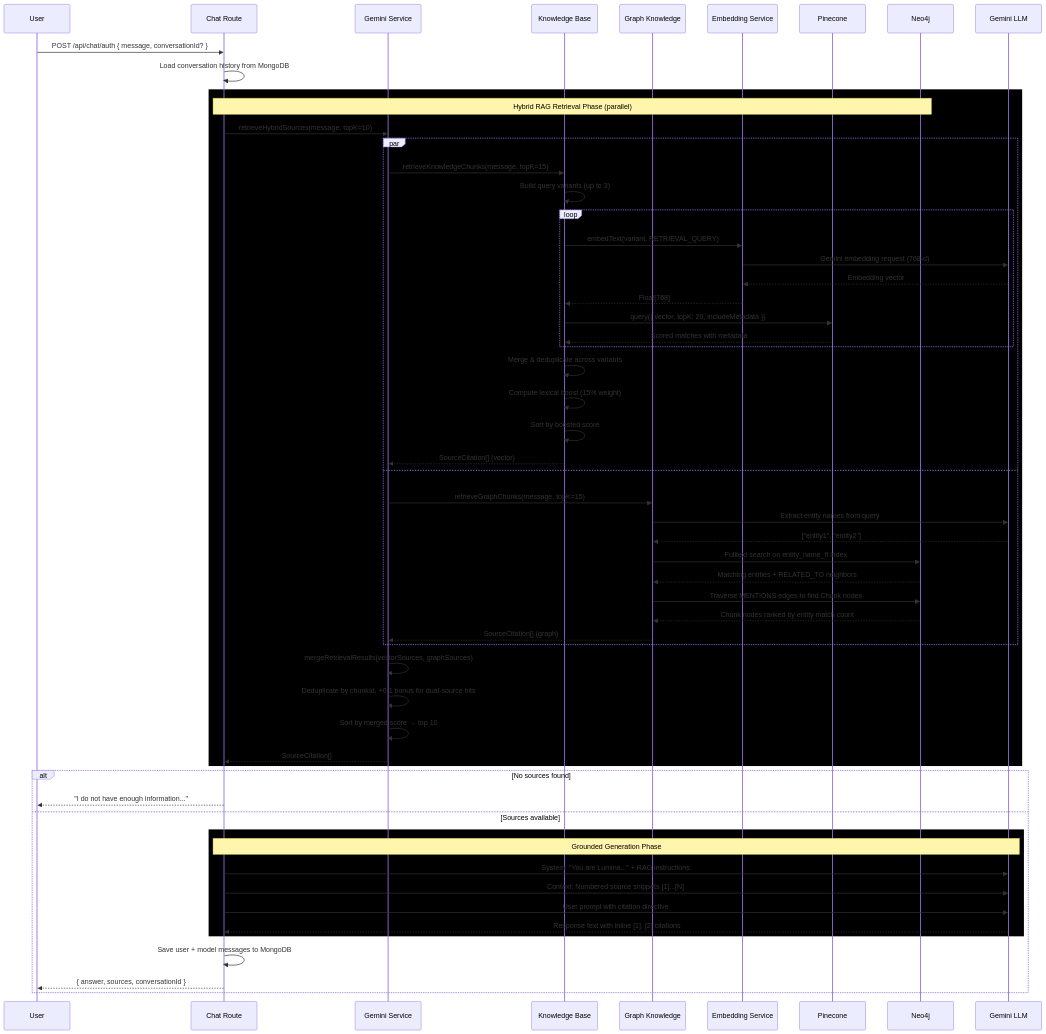
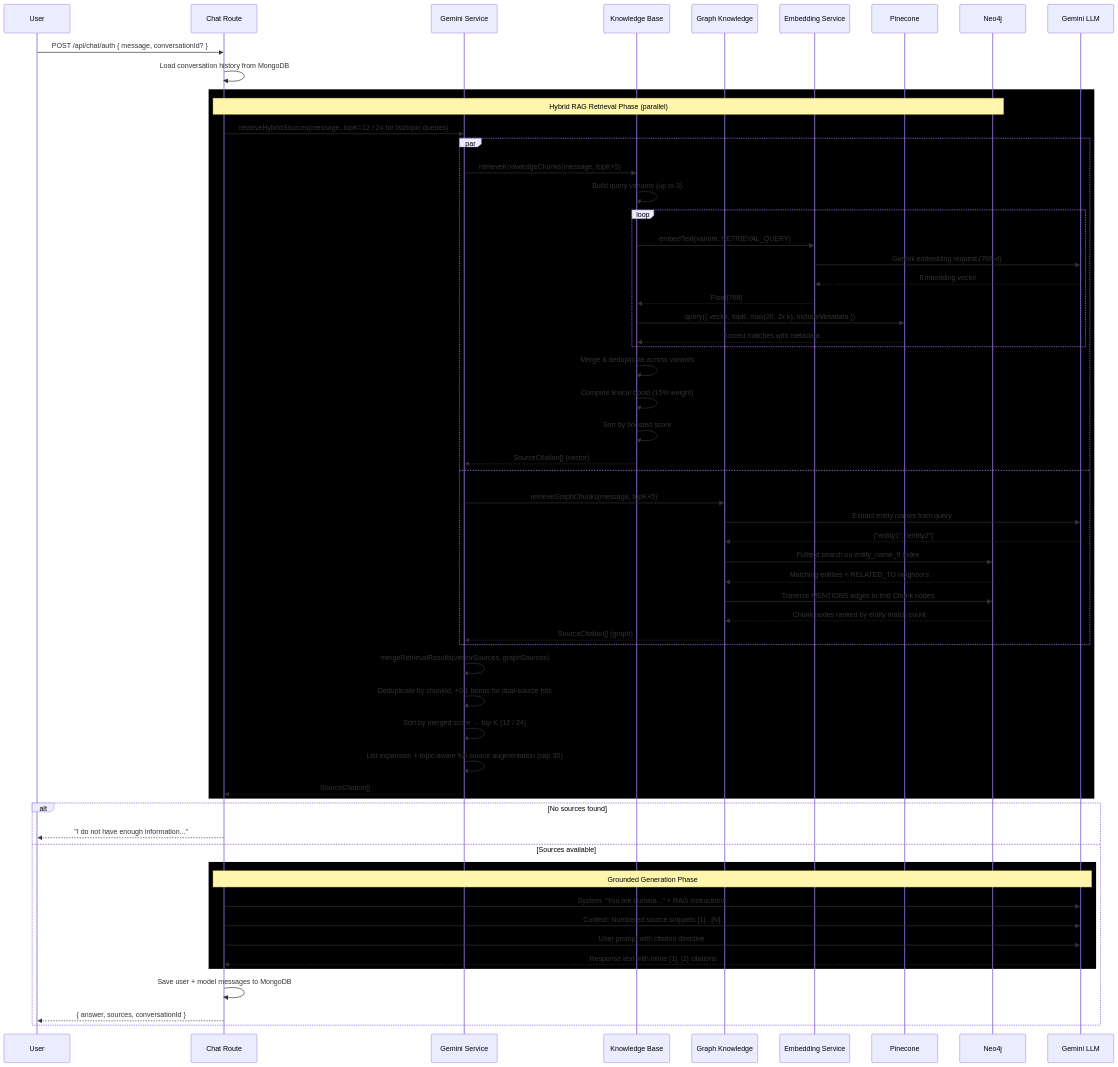
The second of 12 diagrams in RAG.md (hoangsonww/AI-RAG-Assistant-Chatbot), drawn with Mermaid before and after one commit. The commit also changed other lines of this file and 43 other files, not shown here.

````diff
--- a/RAG.md
+++ b/RAG.md
@@ -75,65 +75,66 @@
 ```mermaid
 sequenceDiagram
   participant U as User
   participant C as Chat Route
   participant G as Gemini Service
   participant K as Knowledge Base
   participant Gr as Graph Knowledge
   participant E as Embedding Service
   participant P as Pinecone
   participant N as Neo4j
   participant LLM as Gemini LLM
 
   U->>C: POST /api/chat/auth { message, conversationId? }
   C->>C: Load conversation history from MongoDB
 
   rect rgb(0, 0, 0)
     note over C,N: Hybrid RAG Retrieval Phase (parallel)
-    C->>G: retrieveHybridSources(message, topK=10)
+    C->>G: retrieveHybridSources(message, topK=12 / 24 for list/topic queries)
 
     par Vector Path
-      G->>K: retrieveKnowledgeChunks(message, topK=15)
+      G->>K: retrieveKnowledgeChunks(message, topK+5)
       K->>K: Build query variants (up to 3)
       loop Each variant
         K->>E: embedText(variant, RETRIEVAL_QUERY)
         E->>LLM: Gemini embedding request (768-d)
         LLM-->>E: Embedding vector
         E-->>K: Float[768]
-        K->>P: query({ vector, topK: 20, includeMetadata })
+        K->>P: query({ vector, topK: max(20, 2x k), includeMetadata })
         P-->>K: Scored matches with metadata
       end
       K->>K: Merge & deduplicate across variants
       K->>K: Compute lexical boost (15% weight)
       K->>K: Sort by boosted score
       K-->>G: SourceCitation[] (vector)
     and Graph Path
-      G->>Gr: retrieveGraphChunks(message, topK=15)
+      G->>Gr: retrieveGraphChunks(message, topK+5)
       Gr->>LLM: Extract entity names from query
       LLM-->>Gr: ["entity1", "entity2"]
       Gr->>N: Fulltext search on entity_name_ft index
       N-->>Gr: Matching entities + RELATED_TO neighbors
       Gr->>N: Traverse MENTIONS edges to find Chunk nodes
       N-->>Gr: Chunk nodes ranked by entity match count
       Gr-->>G: SourceCitation[] (graph)
     end
 
     G->>G: mergeRetrievalResults(vectorSources, graphSources)
     G->>G: Deduplicate by chunkId, +0.1 bonus for dual-source hits
-    G->>G: Sort by merged score → top 10
+    G->>G: Sort by merged score → top K (12 / 24)
+    G->>G: List expansion + topic-aware full-source augmentation (cap 30)
     G-->>C: SourceCitation[]
   end
 
   alt No sources found
     C-->>U: "I do not have enough information..."
   else Sources available
     rect rgb(0, 0, 0)
       note over C,LLM: Grounded Generation Phase
       C->>LLM: System: "You are Lumina..." + RAG instructions
       C->>LLM: Context: Numbered source snippets [1]...[N]
       C->>LLM: User prompt with citation directive
       LLM-->>C: Response text with inline [1], [2] citations
     end
     C->>C: Save user + model messages to MongoDB
     C-->>U: { answer, sources, conversationId }
   end
 ```
````
